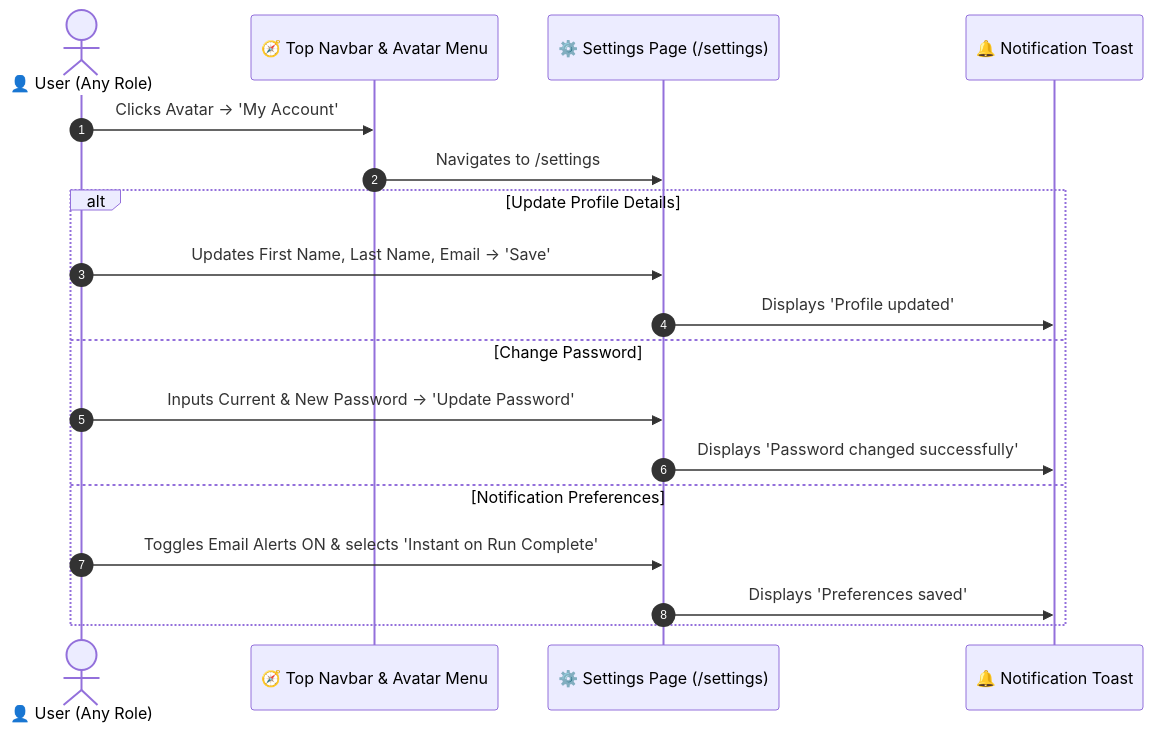
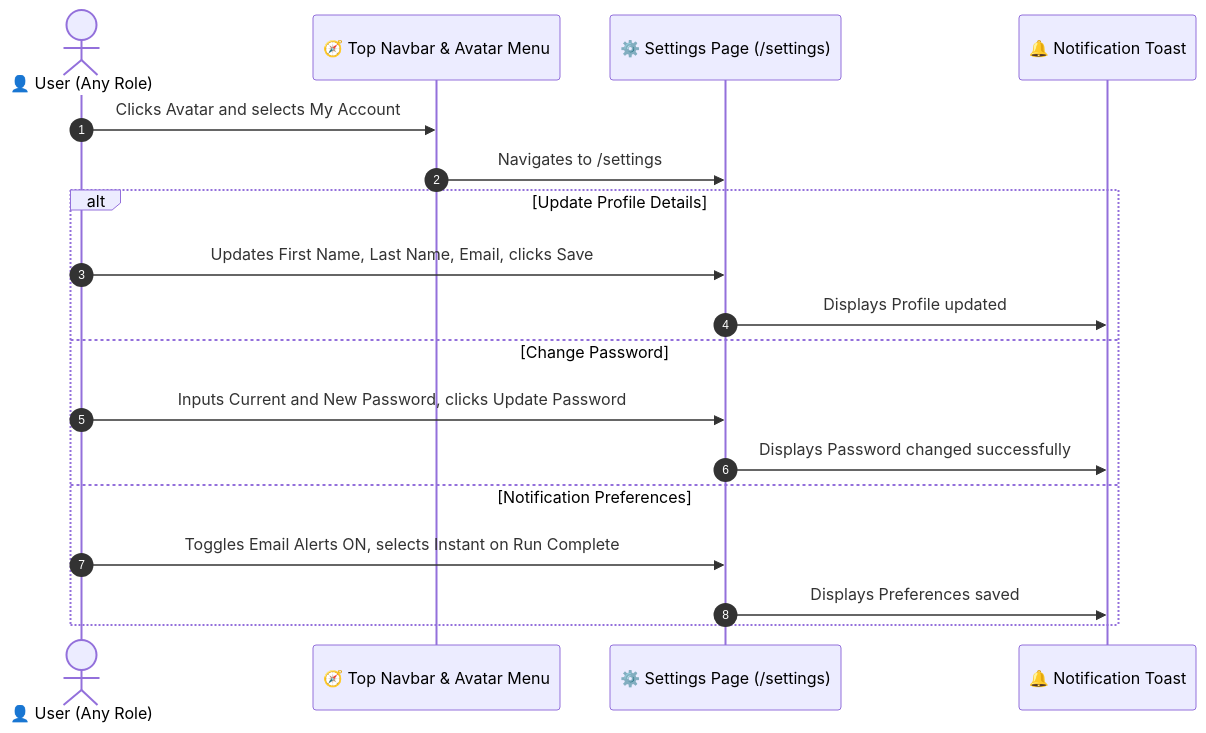
Before and after one commit to p4ku/research-intelligence: the sixth of 6 diagrams in docs/user_journeys/stage_2_user_journeys.md, drawn with Mermaid. The commit also changed other lines of this file, not shown here.

Commit message:
fix(docs): resolve Mermaid syntax errors in diagrams 5.3, 6.2, 7, and 8

````diff
--- a/docs/user_journeys/stage_2_user_journeys.md
+++ b/docs/user_journeys/stage_2_user_journeys.md
@@ -337,22 +330,22 @@
 ```mermaid
 sequenceDiagram
     autonumber
     actor User as 👤 User (Any Role)
     participant AvatarMenu as 🧭 Top Navbar & Avatar Menu
     participant SettingsPage as ⚙️ Settings Page (/settings)
     participant Toast as 🔔 Notification Toast
 
-    User->>AvatarMenu: Clicks Avatar -> 'My Account'
+    User->>AvatarMenu: Clicks Avatar and selects My Account
     AvatarMenu->>SettingsPage: Navigates to /settings
 
     alt Update Profile Details
-        User->>SettingsPage: Updates First Name, Last Name, Email -> 'Save'
-        SettingsPage->>Toast: Displays 'Profile updated'
+        User->>SettingsPage: Updates First Name, Last Name, Email, clicks Save
+        SettingsPage->>Toast: Displays Profile updated
     else Change Password
-        User->>SettingsPage: Inputs Current & New Password -> 'Update Password'
-        SettingsPage->>Toast: Displays 'Password changed successfully'
+        User->>SettingsPage: Inputs Current and New Password, clicks Update Password
+        SettingsPage->>Toast: Displays Password changed successfully
     else Notification Preferences
-        User->>SettingsPage: Toggles Email Alerts ON & selects 'Instant on Run Complete'
-        SettingsPage->>Toast: Displays 'Preferences saved'
+        User->>SettingsPage: Toggles Email Alerts ON, selects Instant on Run Complete
+        SettingsPage->>Toast: Displays Preferences saved
     end
 ```
````
